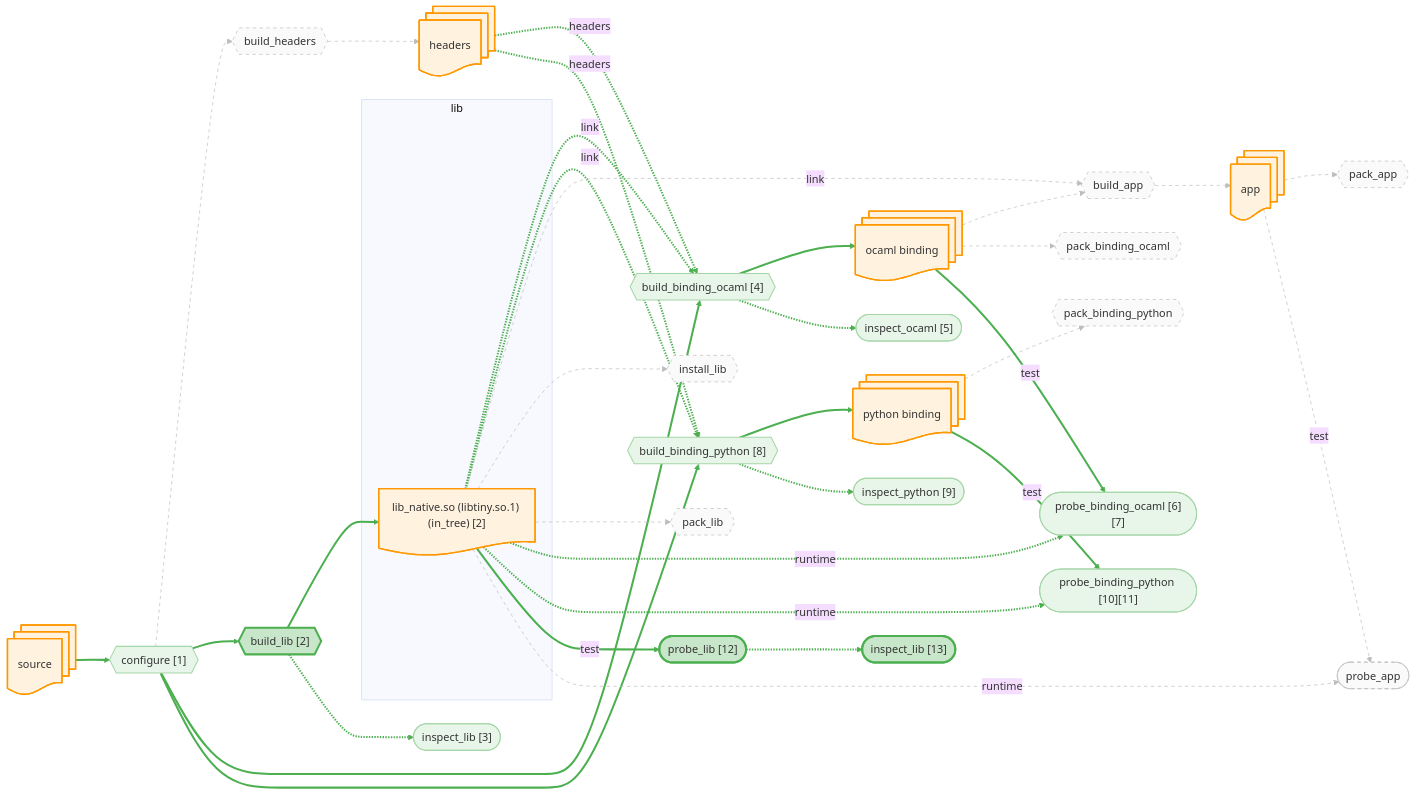
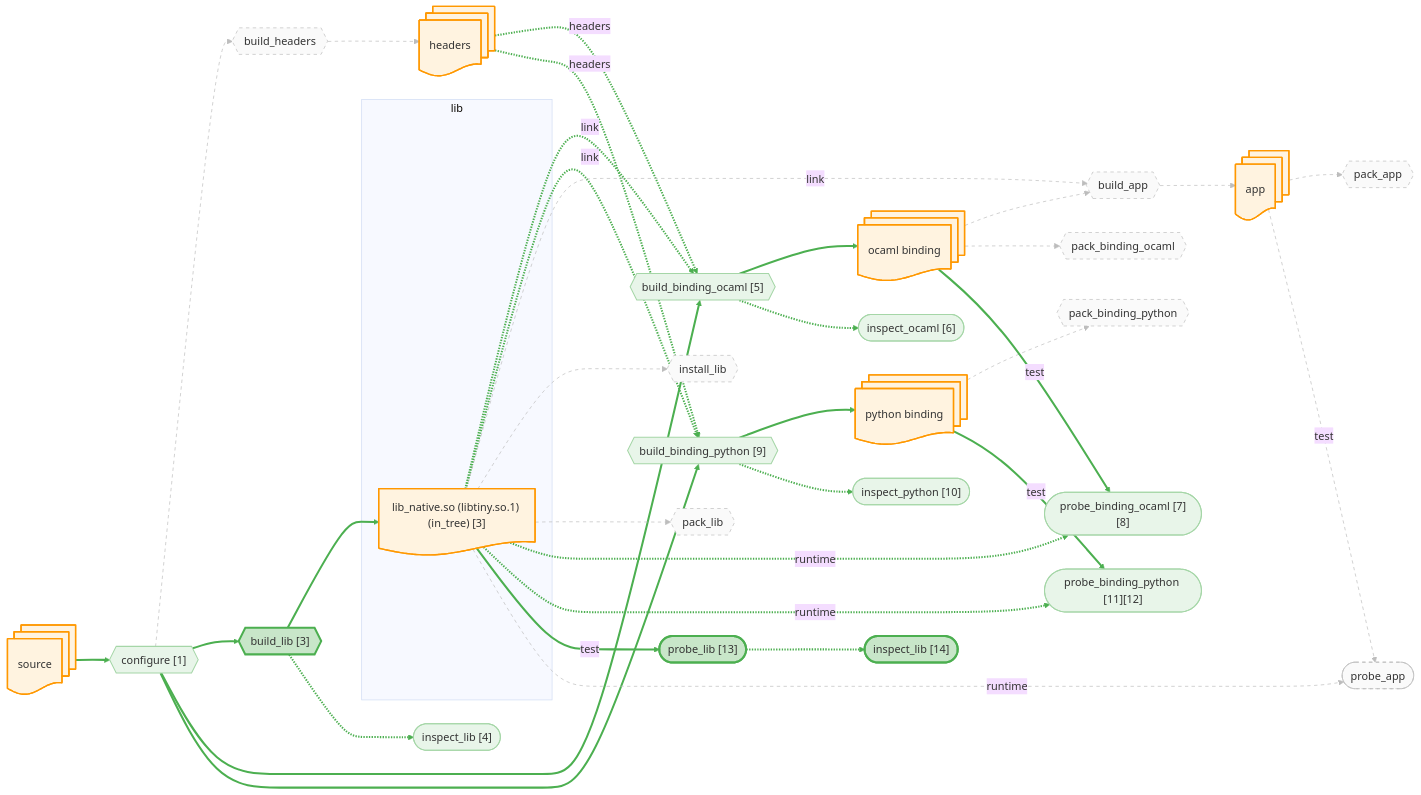
Before and after one commit to JHU-PL-Lab/tola: the diagram in docs/canary/projects/tiny/-run/diagrams/lib.mmd, drawn with Mermaid (base theme). The commit also changed 74 other files, not shown here.

```diff
--- a/docs/canary/projects/tiny/-run/diagrams/lib.mmd
+++ b/docs/canary/projects/tiny/-run/diagrams/lib.mmd
@@ -1,124 +1,124 @@
 %% view: lib
 graph LR
     source_node@{ shape: docs, label: "source" }
     headers_node@{ shape: docs, label: "headers" }
     subgraph lib_sg ["lib"]
-      lib_build_tree_node@{ shape: doc, label: "lib_native.so (libtiny.so.1) (in_tree) [2]" }
+      lib_build_tree_node@{ shape: doc, label: "lib_native.so (libtiny.so.1) (in_tree) [3]" }
     end
     app_node@{ shape: docs, label: "app" }
     ocaml_binding_node@{ shape: docs, label: "ocaml binding" }
     python_binding_node@{ shape: docs, label: "python binding" }
 
     A_configure{{"configure [1]"}}
     A_build_headers{{"build_headers"}}
-    A_build_lib{{"build_lib [2]"}}
-    A_build_binding_ocaml{{"build_binding_ocaml [4]"}}
-    A_build_binding_python{{"build_binding_python [8]"}}
+    A_build_lib{{"build_lib [3]"}}
+    A_build_binding_ocaml{{"build_binding_ocaml [5]"}}
+    A_build_binding_python{{"build_binding_python [9]"}}
     A_build_app{{"build_app"}}
     A_install_lib{{"install_lib"}}
     A_pack_binding_ocaml{{"pack_binding_ocaml"}}
     A_pack_binding_python{{"pack_binding_python"}}
     A_pack_lib{{"pack_lib"}}
     A_pack_app{{"pack_app"}}
-    A_probe_binding_ocaml(["probe_binding_ocaml [6][7]"])
-    A_probe_binding_python(["probe_binding_python [10][11]"])
-    A_probe_lib(["probe_lib [12]"])
+    A_probe_binding_ocaml(["probe_binding_ocaml [7][8]"])
+    A_probe_binding_python(["probe_binding_python [11][12]"])
+    A_probe_lib(["probe_lib [13]"])
     A_probe_app(["probe_app"])
-    A_build_lib_inspect(["inspect_lib [3]"])
-    A_build_binding_ocaml_inspect(["inspect_ocaml [5]"])
-    A_build_binding_python_inspect(["inspect_python [9]"])
-    A_probe_lib_inspect(["inspect_lib [13]"])
+    A_build_lib_inspect(["inspect_lib [4]"])
+    A_build_binding_ocaml_inspect(["inspect_ocaml [6]"])
+    A_build_binding_python_inspect(["inspect_python [10]"])
+    A_probe_lib_inspect(["inspect_lib [14]"])
 
     source_node --> A_configure
     A_configure --> A_build_headers
     A_build_headers --> headers_node
     A_configure --> A_build_lib
     A_build_lib --> lib_build_tree_node
     A_configure --> A_build_binding_ocaml
     headers_node -.->|headers| A_build_binding_ocaml
     lib_build_tree_node -.->|link| A_build_binding_ocaml
     A_build_binding_ocaml --> ocaml_binding_node
     A_configure --> A_build_binding_python
     headers_node -.->|headers| A_build_binding_python
     lib_build_tree_node -.->|link| A_build_binding_python
     A_build_binding_python --> python_binding_node
     ocaml_binding_node --> A_build_app
     lib_build_tree_node -.->|link| A_build_app
     A_build_app --> app_node
     lib_build_tree_node --> A_install_lib
     ocaml_binding_node --> A_pack_binding_ocaml
     python_binding_node --> A_pack_binding_python
     lib_build_tree_node --> A_pack_lib
     app_node --> A_pack_app
     ocaml_binding_node -->|test| A_probe_binding_ocaml
     lib_build_tree_node -.->|runtime| A_probe_binding_ocaml
     python_binding_node -->|test| A_probe_binding_python
     lib_build_tree_node -.->|runtime| A_probe_binding_python
     lib_build_tree_node -->|test| A_probe_lib
     app_node -->|test| A_probe_app
     lib_build_tree_node -.->|runtime| A_probe_app
     A_build_lib -.-> A_build_lib_inspect
     A_build_binding_ocaml -.-> A_build_binding_ocaml_inspect
     A_build_binding_python -.-> A_build_binding_python_inspect
     A_probe_lib -.-> A_probe_lib_inspect
 
     classDef artifact fill:#fff3e0,stroke:#ff9800,stroke-width:2px
     classDef action fill:#f3e5f5,stroke:#9c27b0,stroke-width:2px
     classDef st_done fill:#c8e6c9,stroke:#4caf50,stroke-width:3px
     classDef st_done_ctx fill:#e8f5e9,stroke:#a5d6a7,stroke-width:1.5px
     classDef st_expected_fail fill:#fff9c4,stroke:#f9a825,stroke-width:2px
     classDef st_failed fill:#ffcdd2,stroke:#c62828,stroke-width:2px
     classDef st_skipped fill:#f5f5f5,stroke:#9e9e9e,stroke-dasharray:5
     classDef st_nospec fill:#fafafa,stroke:#bdbdbd,stroke-dasharray:5
     class source_node,headers_node,lib_build_tree_node,app_node,ocaml_binding_node,python_binding_node artifact
     class A_configure st_done_ctx
     class A_build_headers st_nospec
     class A_build_lib st_done
     class A_build_binding_ocaml st_done_ctx
     class A_build_binding_python st_done_ctx
     class A_build_app st_nospec
     class A_install_lib st_nospec
     class A_pack_binding_ocaml st_nospec
     class A_pack_binding_python st_nospec
     class A_pack_lib st_nospec
     class A_pack_app st_nospec
     class A_probe_binding_ocaml st_done_ctx
     class A_probe_binding_python st_done_ctx
     class A_probe_lib st_done
     class A_probe_app st_nospec
     class A_build_lib_inspect st_done_ctx
     class A_build_binding_ocaml_inspect st_done_ctx
     class A_build_binding_python_inspect st_done_ctx
     class A_probe_lib_inspect st_done
     linkStyle 0 stroke:#4caf50,stroke-width:3px
     linkStyle 1 stroke:#bdbdbd,stroke-width:1px,stroke-dasharray:5
     linkStyle 2 stroke:#bdbdbd,stroke-width:1px,stroke-dasharray:5
     linkStyle 3 stroke:#4caf50,stroke-width:3px
     linkStyle 4 stroke:#4caf50,stroke-width:3px
     linkStyle 5 stroke:#4caf50,stroke-width:3px
     linkStyle 6 stroke:#4caf50,stroke-width:3px
     linkStyle 7 stroke:#4caf50,stroke-width:3px
     linkStyle 8 stroke:#4caf50,stroke-width:3px
     linkStyle 9 stroke:#4caf50,stroke-width:3px
     linkStyle 10 stroke:#4caf50,stroke-width:3px
     linkStyle 11 stroke:#4caf50,stroke-width:3px
     linkStyle 12 stroke:#4caf50,stroke-width:3px
     linkStyle 13 stroke:#bdbdbd,stroke-width:1px,stroke-dasharray:5
     linkStyle 14 stroke:#bdbdbd,stroke-width:1px,stroke-dasharray:5
     linkStyle 15 stroke:#bdbdbd,stroke-width:1px,stroke-dasharray:5
     linkStyle 16 stroke:#bdbdbd,stroke-width:1px,stroke-dasharray:5
     linkStyle 17 stroke:#bdbdbd,stroke-width:1px,stroke-dasharray:5
     linkStyle 18 stroke:#bdbdbd,stroke-width:1px,stroke-dasharray:5
     linkStyle 19 stroke:#bdbdbd,stroke-width:1px,stroke-dasharray:5
     linkStyle 20 stroke:#bdbdbd,stroke-width:1px,stroke-dasharray:5
     linkStyle 21 stroke:#4caf50,stroke-width:3px
     linkStyle 22 stroke:#4caf50,stroke-width:3px
     linkStyle 23 stroke:#4caf50,stroke-width:3px
     linkStyle 24 stroke:#4caf50,stroke-width:3px
     linkStyle 25 stroke:#4caf50,stroke-width:3px
     linkStyle 26 stroke:#bdbdbd,stroke-width:1px,stroke-dasharray:5
     linkStyle 27 stroke:#bdbdbd,stroke-width:1px,stroke-dasharray:5
     linkStyle 28 stroke:#4caf50,stroke-width:3px
     linkStyle 29 stroke:#4caf50,stroke-width:3px
     linkStyle 30 stroke:#4caf50,stroke-width:3px
     linkStyle 31 stroke:#4caf50,stroke-width:3px
```
